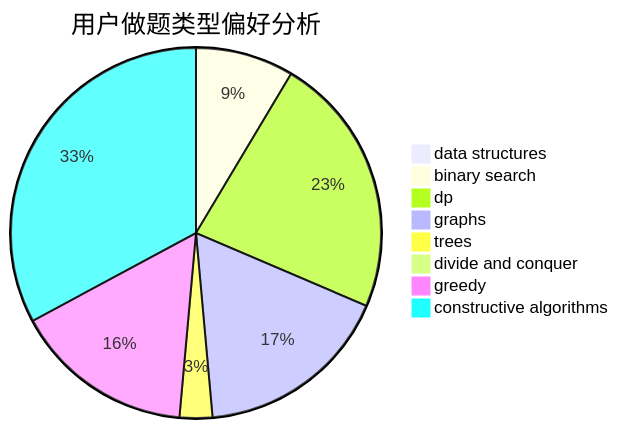
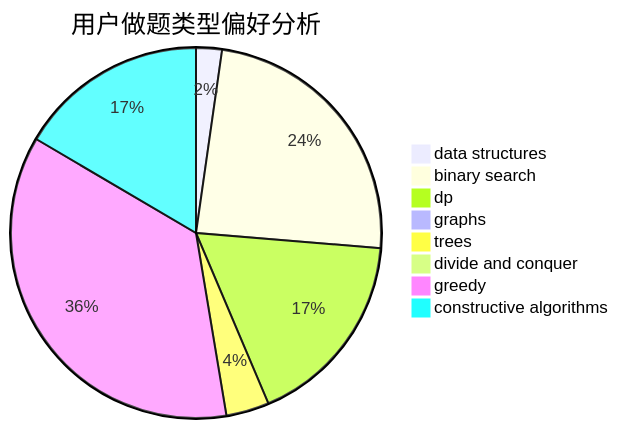
Before and after one commit to sherpahu/cfrs.github.io: the second of 3 diagrams in docs/user/u961.md, drawn with Mermaid. The commit also changed other lines of this file and 2770 other files, not shown here.

````diff
--- a/docs/user/u961.md
+++ b/docs/user/u961.md
@@ -23,11 +23,11 @@
 ```mermaid
 pie title 用户做题类型偏好分析
-    "data structures" :  0
-    "binary search" :  6
-    "dp" :  16
-    "graphs" :  12
-    "trees" :  2
+    "data structures" :  3
+    "binary search" :  32
+    "dp" :  23
+    "graphs" :  0
+    "trees" :  5
     "divide and conquer" :  0
-    "greedy" :  11
-    "constructive algorithms" :  23
+    "greedy" :  48
+    "constructive algorithms" :  22
 ```
````
